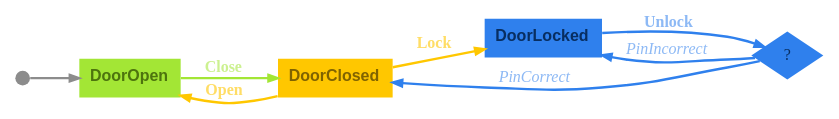
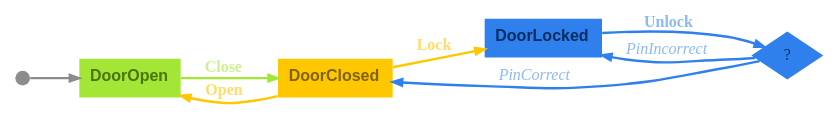
Before and after one commit to m-bock/purescript-transit: the diagram in renders/door-pin_graph-dark.dot, drawn with Graphviz. The commit also changed 27 other files, not shown here.

```diff
--- a/renders/door-pin_graph-dark.dot
+++ b/renders/door-pin_graph-dark.dot
@@ -1,16 +1,27 @@
-digraph 
-{
-rankdir = "TD";fontname = "Arial";labelloc = "t";fontsize = 12.0;bgcolor = "#00000000";color = "#c8c8c8";fontcolor = "#c8c8c8";layout = "dot";rankdir = "LR"
-DoorOpen [shape = "box", label = <<b>DoorOpen</b>>, fontsize = 12.0, style = "filled", fillcolor = "#a3e635", fontcolor = "#4d740e", color = "#a3e635", fontname = "Arial", labelloc = "c", penwidth = 0.0, height = 0.4]
-__Start__ [shape = "circle", label = "", width = 0.15, height = 0.15, fixedsize = true, style = "filled", fillcolor = "#8c8c8c", penwidth = 0.0]
-__Start__ -> DoorOpen [color = "#8c8c8c", fontsize = 12.0, arrowsize = "0.7", penwidth = 1.8]
-DoorOpen -> DoorClosed [color = "#a3e635", fontcolor = "#ccf190", fontsize = 12.0, arrowsize = "0.7", label = <<b>Close</b>>, penwidth = 1.8]
-DoorClosed [shape = "box", label = <<b>DoorClosed</b>>, fontsize = 12.0, style = "filled", fillcolor = "#ffc700", fontcolor = "#806300", color = "#ffc700", fontname = "Arial", labelloc = "c", penwidth = 0.0, height = 0.4]
-DoorClosed -> DoorOpen [color = "#ffc700", fontcolor = "#ffdd66", fontsize = 12.0, arrowsize = "0.7", label = <<b>Open</b>>, penwidth = 1.8]
-DoorClosed -> DoorLocked [color = "#ffc700", fontcolor = "#ffdd66", fontsize = 12.0, arrowsize = "0.7", label = <<b>Lock</b>>, penwidth = 1.8]
-DoorLocked [shape = "box", label = <<b>DoorLocked</b>>, fontsize = 12.0, style = "filled", fillcolor = "#2f80ed", fontcolor = "#082e61", color = "#2f80ed", fontname = "Arial", labelloc = "c", penwidth = 0.0, height = 0.4]
-decision_DoorLocked_Unlock [shape = "diamond", label = "?", fontsize = 12.0, fontcolor = "#082e61", style = "filled", fillcolor = "#2f80ed", penwidth = 0.0]
-DoorLocked -> decision_DoorLocked_Unlock [color = "#2f80ed", fontcolor = "#8db9f5", fontsize = 12.0, arrowsize = "0.7", label = <<b>Unlock</b>>, penwidth = 1.8]
-decision_DoorLocked_Unlock -> DoorLocked [color = "#2f80ed", fontcolor = "#8db9f5", fontsize = 12.0, arrowsize = "0.7", label = <<i>PinIncorrect</i>>, penwidth = 1.8]
-decision_DoorLocked_Unlock -> DoorClosed [color = "#2f80ed", fontcolor = "#8db9f5", fontsize = 12.0, arrowsize = "0.7", label = <<i>PinCorrect</i>>, penwidth = 1.8]
+digraph {
+  graph [
+    rankdir = TD
+    fontname = Arial
+    labelloc = t
+    fontsize = 12.0
+    bgcolor = "#00000000"
+    color = "#c8c8c8"
+    fontcolor = "#c8c8c8"
+    layout = dot
+    rankdir = LR
+  ]
+  node []
+  edge []
+  __Start__ [shape = circle, label = "", width = 0.15, height = 0.15, fixedsize = true, style = filled, fillcolor = "#8c8c8c", penwidth = 0.0]
+  DoorOpen [shape = box, label = <<b>DoorOpen</b>>, fontsize = 12.0, style = filled, fillcolor = "#a3e635", fontcolor = "#4d740e", color = "#a3e635", fontname = Arial, labelloc = c, penwidth = 0.0, height = 0.4]
+  DoorClosed [shape = box, label = <<b>DoorClosed</b>>, fontsize = 12.0, style = filled, fillcolor = "#ffc700", fontcolor = "#806300", color = "#ffc700", fontname = Arial, labelloc = c, penwidth = 0.0, height = 0.4]
+  DoorLocked [shape = box, label = <<b>DoorLocked</b>>, fontsize = 12.0, style = filled, fillcolor = "#2f80ed", fontcolor = "#082e61", color = "#2f80ed", fontname = Arial, labelloc = c, penwidth = 0.0, height = 0.4]
+  decision_DoorLocked_Unlock [shape = diamond, label = "?", fontsize = 12.0, fontcolor = "#082e61", style = filled, fillcolor = "#2f80ed", penwidth = 0.0]
+  __Start__ -> DoorOpen [color = "#8c8c8c", fontsize = 12.0, arrowsize = 0.7, penwidth = 1.8]
+  DoorOpen -> DoorClosed [color = "#a3e635", fontcolor = "#ccf190", fontsize = 12.0, arrowsize = 0.7, label = <<b>Close</b>>, penwidth = 1.8]
+  DoorClosed -> DoorOpen [color = "#ffc700", fontcolor = "#ffdd66", fontsize = 12.0, arrowsize = 0.7, label = <<b>Open</b>>, penwidth = 1.8]
+  DoorClosed -> DoorLocked [color = "#ffc700", fontcolor = "#ffdd66", fontsize = 12.0, arrowsize = 0.7, label = <<b>Lock</b>>, penwidth = 1.8]
+  DoorLocked -> decision_DoorLocked_Unlock [color = "#2f80ed", fontcolor = "#8db9f5", fontsize = 12.0, arrowsize = 0.7, label = <<b>Unlock</b>>, penwidth = 1.8]
+  decision_DoorLocked_Unlock -> DoorLocked [color = "#2f80ed", fontcolor = "#8db9f5", fontsize = 12.0, arrowsize = 0.7, label = <<i>PinIncorrect</i>>, penwidth = 1.8]
+  decision_DoorLocked_Unlock -> DoorClosed [color = "#2f80ed", fontcolor = "#8db9f5", fontsize = 12.0, arrowsize = 0.7, label = <<i>PinCorrect</i>>, penwidth = 1.8]
 }
```
